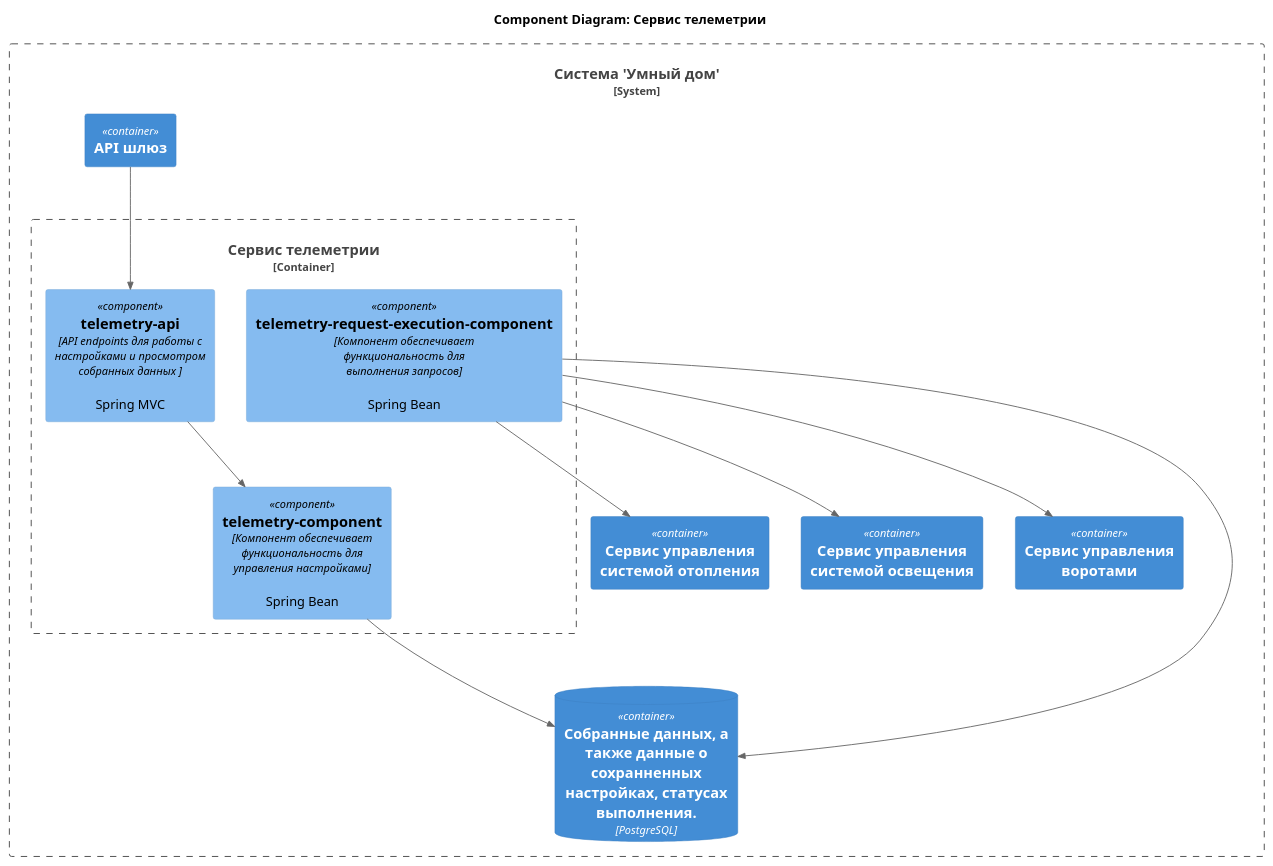
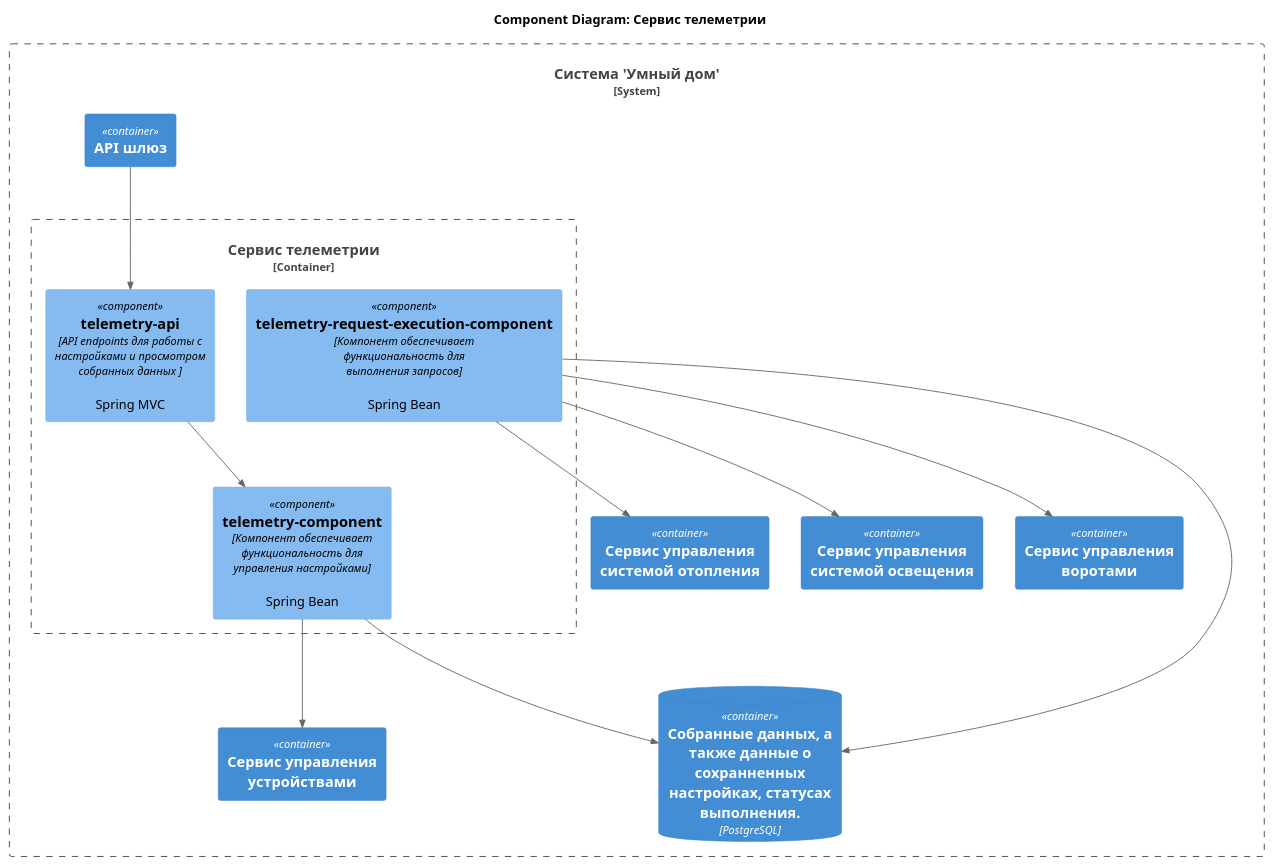
The diagram in schemas/C4/component/telemetry_service_compontnt_diagram.puml (zergnk/architecture-pro-warmhouse), drawn with PlantUML before and after one commit. The commit also changed 47 other files, not shown here.

```diff
--- a/schemas/C4/component/telemetry_service_compontnt_diagram.puml
+++ b/schemas/C4/component/telemetry_service_compontnt_diagram.puml
@@ -1,31 +1,33 @@
 @startuml
 title Component Diagram: Сервис телеметрии
 
 !include <C4/C4_Component.puml>
 
 
 System_Boundary(smart_house, "Система 'Умный дом'") {
     Container("api_gateway", "API шлюз", "")
 
     Container_Boundary(user_data_management_service, "Сервис телеметрии") {
         Component(component_telemetry_api, "telemetry-api", "API endpoints для работы с настройками и просмотром собранных данных ", "Spring MVC")
         Component(component_telemetry, "telemetry-component", "Компонент обеспечивает функциональность для управления настройками", "Spring Bean")
         Component(component_telemetry_execution, "telemetry-request-execution-component", "Компонент обеспечивает функциональность для выполнения запросов", "Spring Bean")
     }
 
+    Container(container_device_management, "Cервис управления устройствами", "")
     Container(container_heating_system, "Cервис управления системой отопления", "")
     Container(container_lightning_system, "Cервис управления системой освещения", "")
     Container(container_gates_system, "Cервис управления воротами", "")
     ContainerDb(db, "Собранные данных, а также данные о сохранненных настройках, статусах выполнения.", "PostgreSQL")
 }
 
 Rel(api_gateway, component_telemetry_api, "")
 Rel(component_telemetry_api, component_telemetry, "")
+Rel(component_telemetry, container_device_management, "")
 Rel(component_telemetry, db, "")
 
 Rel(component_telemetry_execution, container_heating_system, "")
 Rel(component_telemetry_execution, container_lightning_system, "")
 Rel(component_telemetry_execution, container_gates_system, "")
 Rel(component_telemetry_execution, db, "")
 
 @enduml
```
